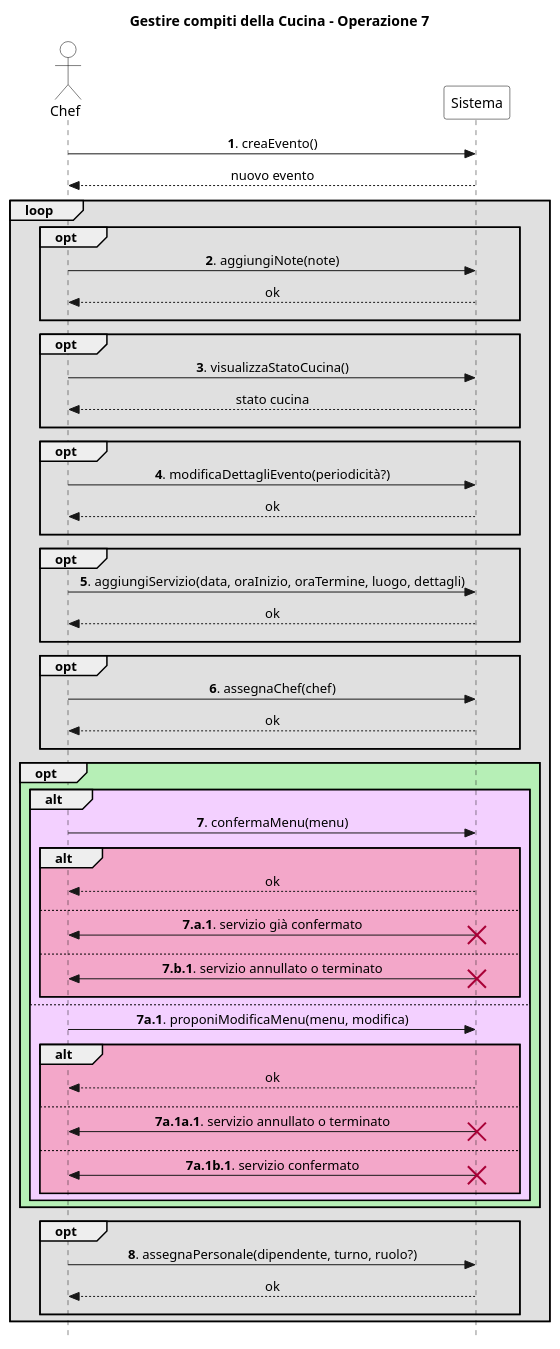
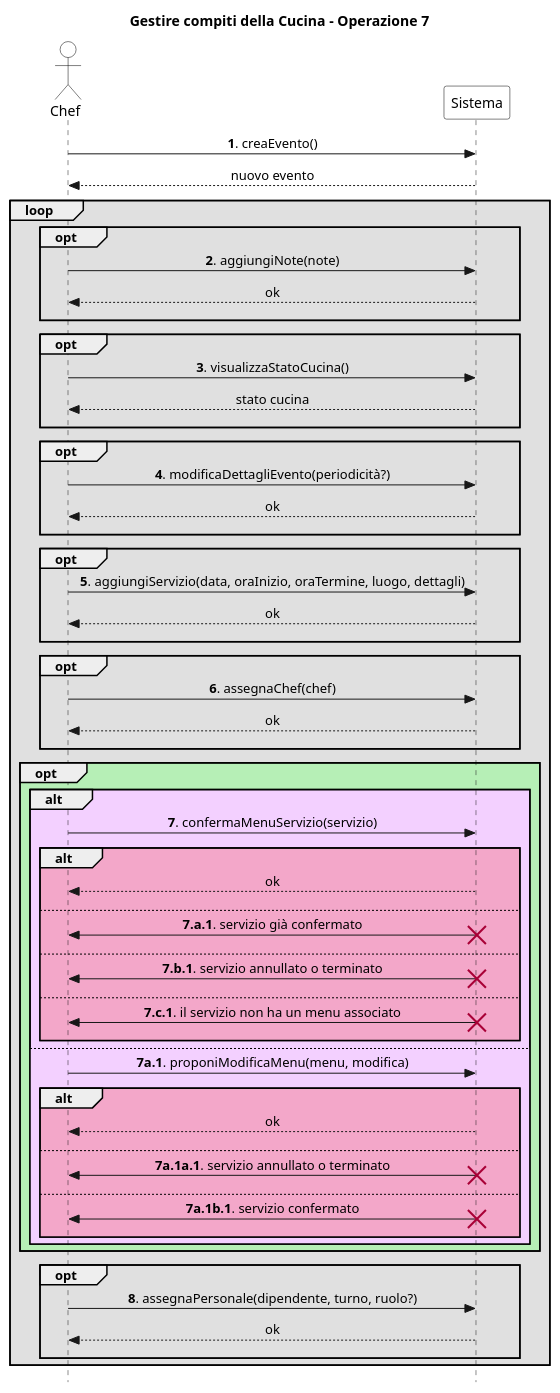
The diagram in UP/Requisiti/UC Gestire Eventi/SSD/Estensioni-Eccezioni Op7.puml (stefa168/sas-project), drawn with PlantUML before and after one commit.

Commit message:
Modificata firma passo 7 e aggiunta eccezione non individuata.

```diff
--- a/UP/Requisiti/UC Gestire Eventi/SSD/Estensioni-Eccezioni Op7.puml
+++ b/UP/Requisiti/UC Gestire Eventi/SSD/Estensioni-Eccezioni Op7.puml
@@ -1,89 +1,93 @@
 @startuml
 skinparam Style strictuml
 skinparam SequenceMessageAlign center
 
 skinparam sequence {
     ActorBorderColor Black
     ActorBackgroundColor White
     ParticipantBorderColor Black
     ParticipantBackgroundColor White
 }
 
 actor Chef
 participant Sistema
 
 title Gestire compiti della Cucina - Operazione 7
 
 Chef -> Sistema: **1**. creaEvento()
 return nuovo evento
 
 loop #e0e0e0
     opt #e0e0e0
         Chef -> Sistema: **2**. aggiungiNote(note)
         return ok
         ||10||
     end
 
     opt #e0e0e0
         Chef -> Sistema: **3**. visualizzaStatoCucina()
         return stato cucina
         ||10||
     end
 
     opt #e0e0e0
         Chef -> Sistema: **4**. modificaDettagliEvento(periodicità?)
         return ok
         ||10||
     end
 
     opt #e0e0e0
         Chef -> Sistema: **5**. aggiungiServizio(data, oraInizio, oraTermine, luogo, dettagli)
         return ok
         ||10||
     end
 
     opt #e0e0e0
         Chef -> Sistema: **6**. assegnaChef(chef)
         return ok
         ||10||
     end
 
     opt #b6efb6
         alt #f3d0ff
-            Chef -> Sistema: **7**. confermaMenu(menu)
+            Chef -> Sistema: **7**. confermaMenuServizio(servizio)
             alt #f3a7c9
                 return ok
                 ||10||
             else
                 Chef <- Sistema: **7.a.1**. servizio già confermato
                 destroy Sistema
                 ||10||
             else
                 Chef <- Sistema: **7.b.1**. servizio annullato o terminato
+                destroy Sistema
+                ||10||
+            else
+                Chef <- Sistema: **7.c.1**. il servizio non ha un menu associato
                 destroy Sistema
                 ||10||
             end
         else
             Chef -> Sistema: **7a.1**. proponiModificaMenu(menu, modifica)
             alt #f3a7c9
                 return ok
                 ||10||
             else
                 Chef <- Sistema: **7a.1a.1**. servizio annullato o terminato
                 destroy Sistema
                 ||10||
             else
                 Chef <- Sistema: **7a.1b.1**. servizio confermato
                 destroy Sistema
                 ||10||
             end
         end
     end
 
     opt #e0e0e0
         Chef -> Sistema: **8**. assegnaPersonale(dipendente, turno, ruolo?)
         return ok
         ||10||
     end
 end
 @enduml
```
